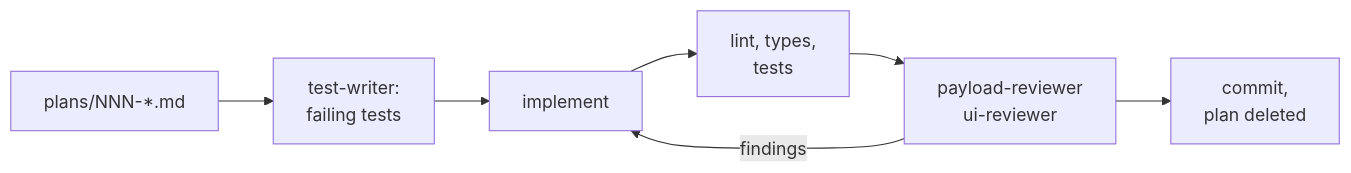
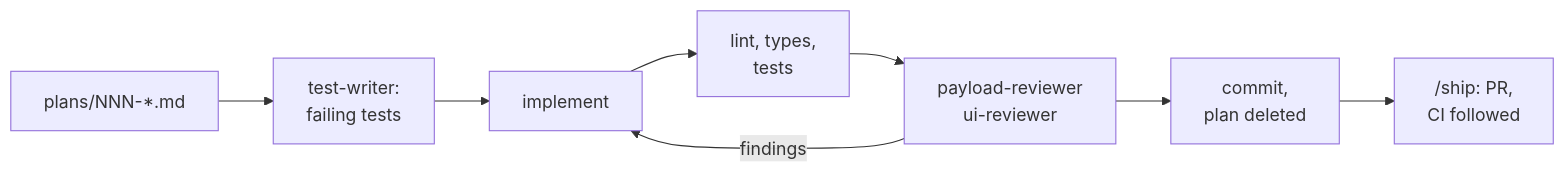
One commit to zolangivre/portfolio changed the second of 2 diagrams in docs/agent-workflows.md. Above: the diagram before and after it, drawn with Mermaid. The commit also changed other lines of this file and 17 other files, not shown here.

````diff
--- a/docs/agent-workflows.md
+++ b/docs/agent-workflows.md
@@ -48,9 +125,10 @@
 ```mermaid
 flowchart LR
   P[plans/NNN-*.md] --> T[test-writer:<br/>failing tests]
   T --> I[implement]
   I --> V[lint, types,<br/>tests]
   V --> R[payload-reviewer<br/>ui-reviewer]
   R -->|findings| I
   R --> C[commit,<br/>plan deleted]
+  C --> SH["/ship: PR,<br/>CI followed"]
 ```
````
